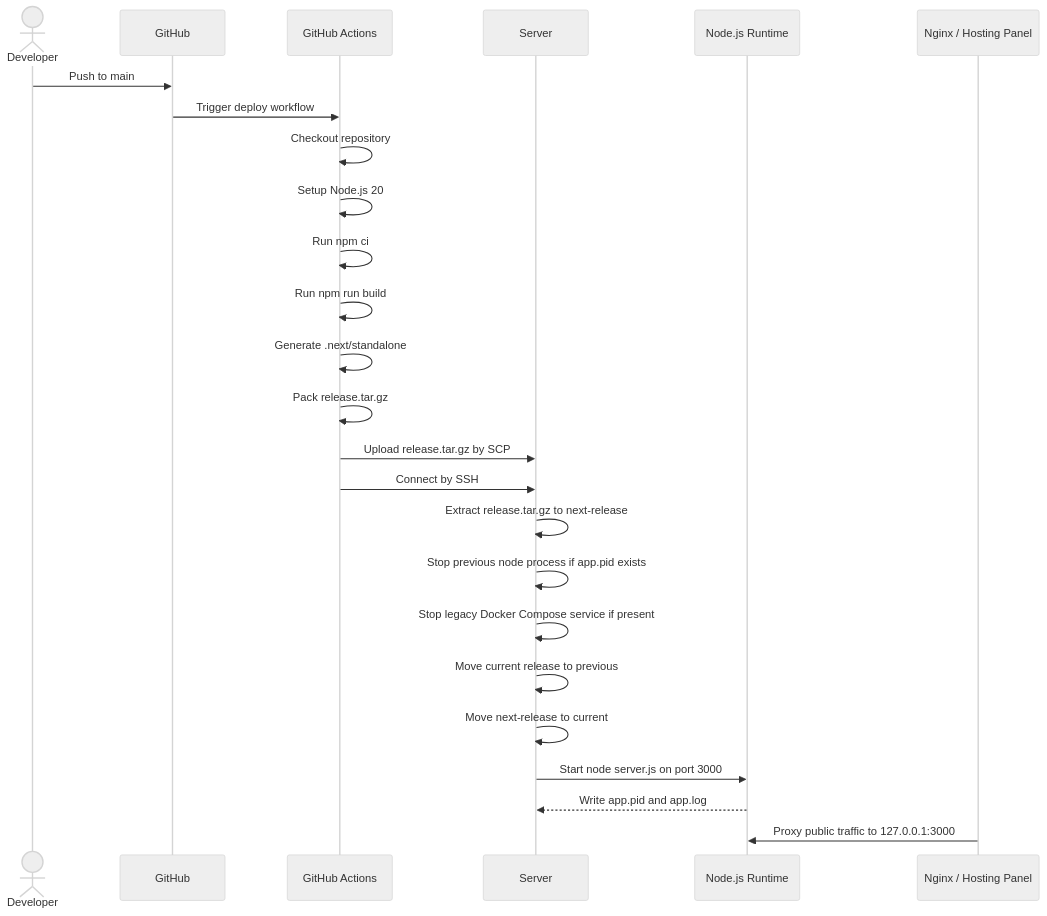
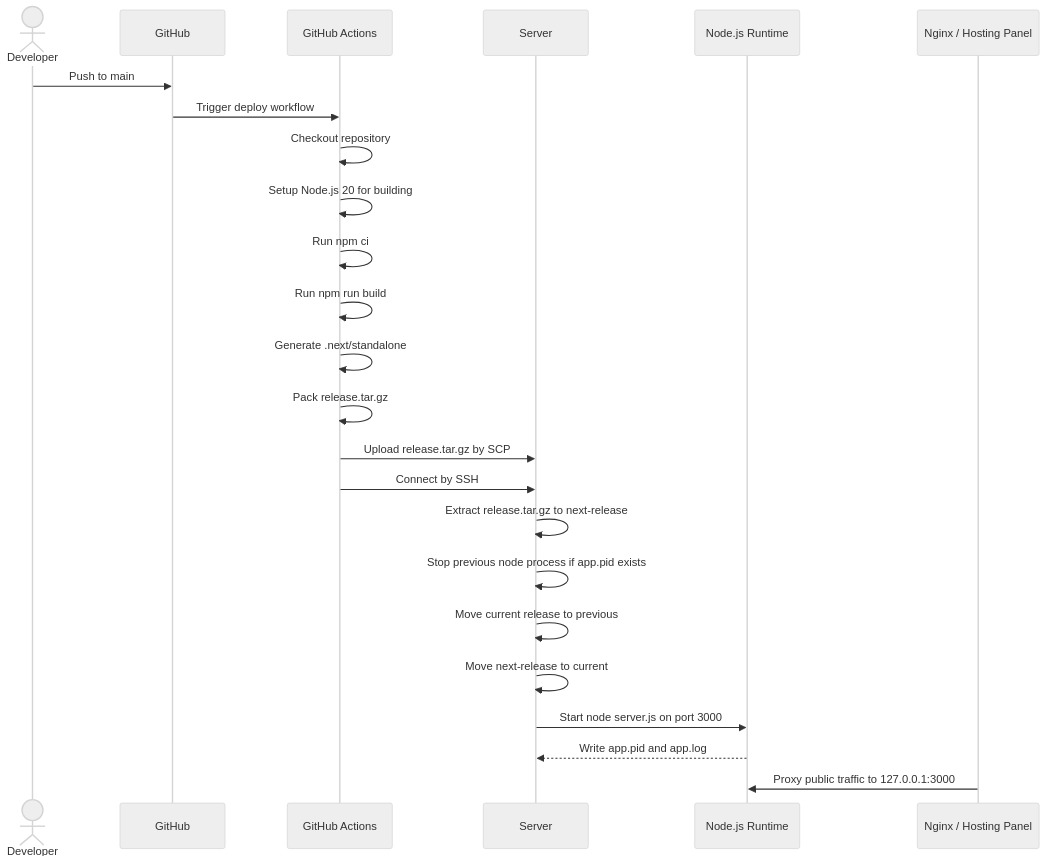
One commit to 0xSnickers/0xsnickers-website changed the diagram in README.md. Above: the diagram before and after it, drawn with Mermaid (neutral theme). The commit also changed other lines of this file and 1 other file, not shown here.

Commit message:
chore: enhance deployment workflow to check Node.js availability and update README for Node.js version requirements

````diff
--- a/README.md
+++ b/README.md
@@ -87,28 +87,27 @@
 ```mermaid
 sequenceDiagram
   actor Dev as Developer
   participant GH as GitHub
   participant CI as GitHub Actions
   participant Server as Server
   participant App as Node.js Runtime
   participant Proxy as Nginx / Hosting Panel
 
   Dev->>GH: Push to main
   GH->>CI: Trigger deploy workflow
   CI->>CI: Checkout repository
-  CI->>CI: Setup Node.js 20
+  CI->>CI: Setup Node.js 20 for building
   CI->>CI: Run npm ci
   CI->>CI: Run npm run build
   CI->>CI: Generate .next/standalone
   CI->>CI: Pack release.tar.gz
   CI->>Server: Upload release.tar.gz by SCP
   CI->>Server: Connect by SSH
   Server->>Server: Extract release.tar.gz to next-release
   Server->>Server: Stop previous node process if app.pid exists
-  Server->>Server: Stop legacy Docker Compose service if present
   Server->>Server: Move current release to previous
   Server->>Server: Move next-release to current
   Server->>App: Start node server.js on port 3000
   App-->>Server: Write app.pid and app.log
   Proxy->>App: Proxy public traffic to 127.0.0.1:3000
 ```
````
